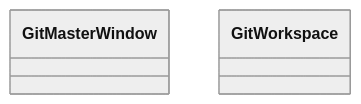
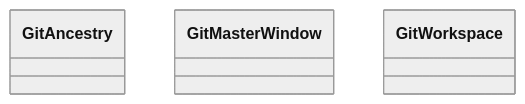
One commit to GonzaloZevallos/agentic-system changed the diagram in docs/architecture/generated/classes-process-adapters-git.md. Above: the diagram before and after it, drawn with Mermaid (neutral theme). The commit also changed 20 other files, not shown here.

First line of the commit message:
Add the FormatFixReads port with its git ancestry and gh adapters

````diff
--- a/docs/architecture/generated/classes-process-adapters-git.md
+++ b/docs/architecture/generated/classes-process-adapters-git.md
@@ -12,5 +12,6 @@
 ```mermaid
 classDiagram
+    class git__ancestry__GitAncestry["GitAncestry"]
     class git__master_window__GitMasterWindow["GitMasterWindow"]
     class git__workspace__GitWorkspace["GitWorkspace"]
 ```
````
